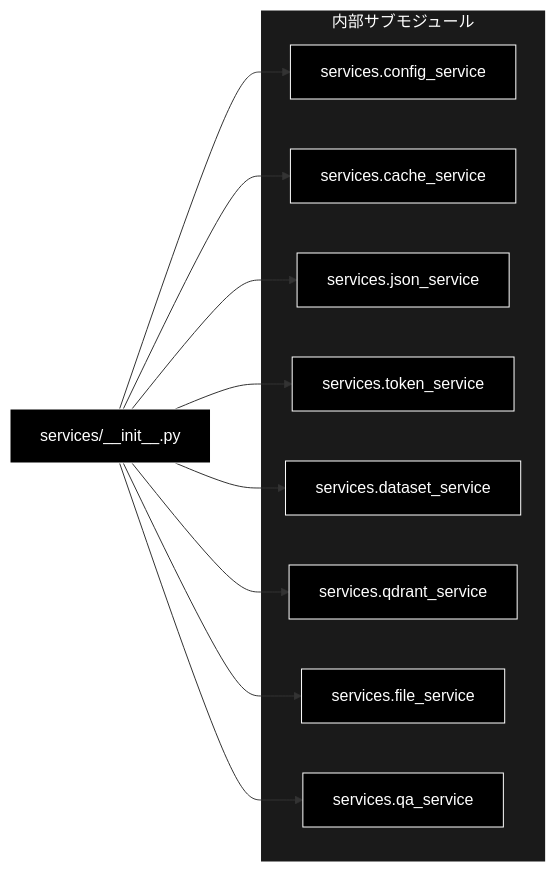
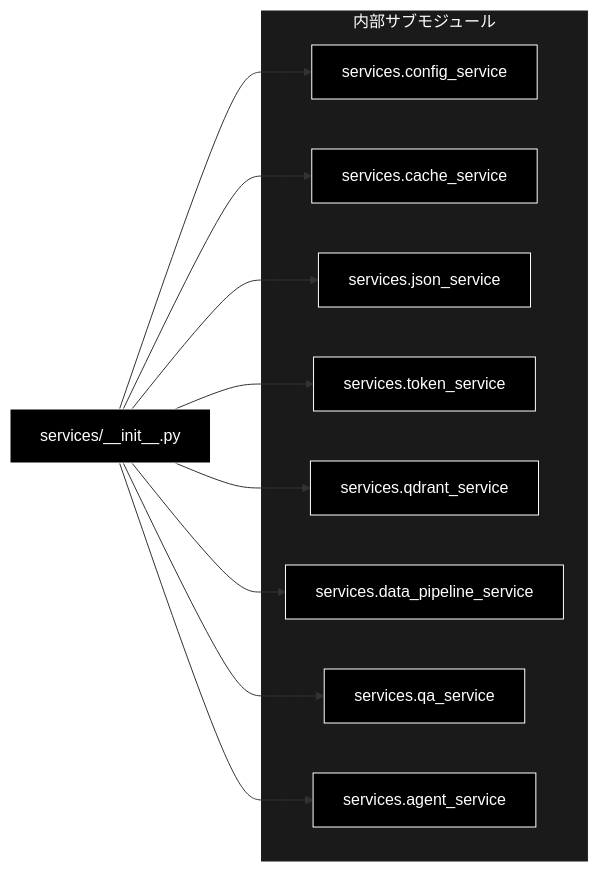
Before and after one commit to nakashima2toshio/grace_v2: the third of 3 diagrams in services/docs/__init__.md, drawn with Mermaid. The commit also changed other lines of this file and 10 other files, not shown here.

First line of the commit message:
chore: 死にコードと不要依存を削除（dataset_service / file_service / streamlit）

````diff
--- a/services/docs/__init__.md
+++ b/services/docs/__init__.md
@@ -476,28 +433,28 @@
 ```mermaid
 flowchart LR
     INIT["services/__init__.py"]
 
     subgraph INTERNAL["内部サブモジュール"]
         I1["services.config_service"]
         I2["services.cache_service"]
         I3["services.json_service"]
         I4["services.token_service"]
-        I5["services.dataset_service"]
-        I6["services.qdrant_service"]
-        I7["services.file_service"]
-        I8["services.qa_service"]
+        I5["services.qdrant_service"]
+        I6["services.data_pipeline_service"]
+        I7["services.qa_service"]
+        I8["services.agent_service"]
     end
 
     INIT --> I1
     INIT --> I2
     INIT --> I3
     INIT --> I4
     INIT --> I5
     INIT --> I6
     INIT --> I7
     INIT --> I8
 classDef default fill:#000,stroke:#fff,color:#fff
 classDef subgraphStyle fill:#1a1a1a,stroke:#fff,color:#fff
 class INIT,I1,I2,I3,I4,I5,I6,I7,I8 default
 style INTERNAL fill:#1a1a1a,stroke:#fff,color:#fff
 ```
````
